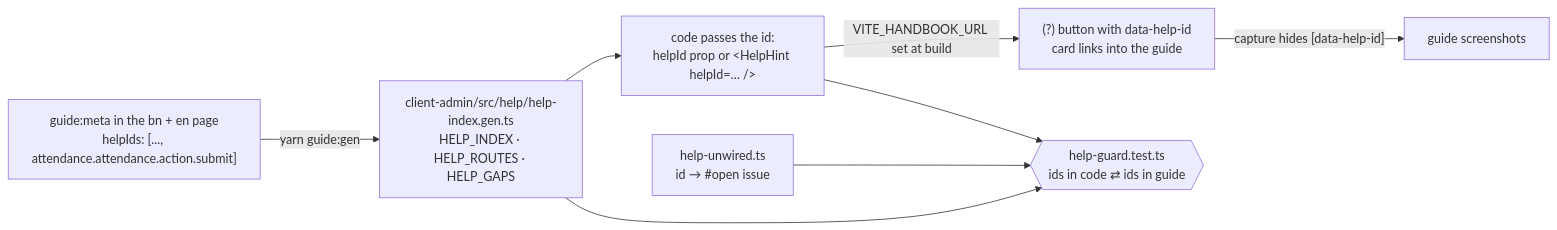
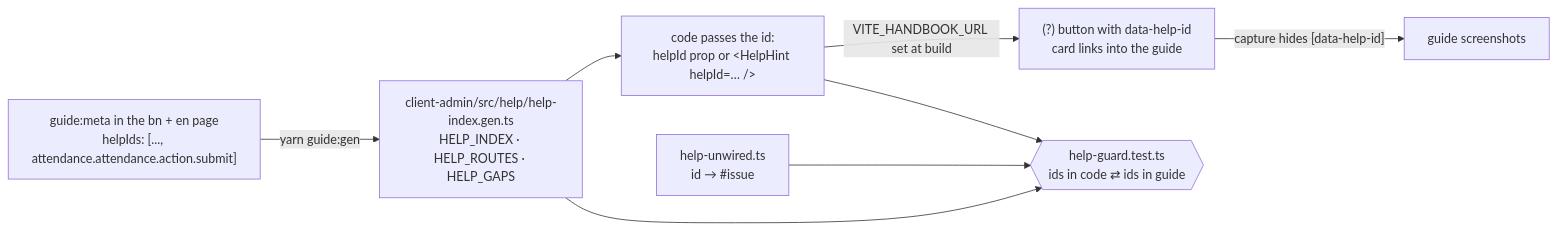
Before and after one commit to tareq89/biddaloy: the fifth of 5 diagrams in docs/architecture/25-user-guide.md, drawn with Mermaid. The commit also changed other lines of this file and 4 other files, not shown here.

````diff
--- a/docs/architecture/25-user-guide.md
+++ b/docs/architecture/25-user-guide.md
@@ -254,10 +254,10 @@
 ```mermaid
 flowchart LR
   META["guide:meta in the bn + en page<br/>helpIds: [..., attendance.attendance.action.submit]"] -->|yarn guide:gen| IDX["client-admin/src/help/help-index.gen.ts<br/>HELP_INDEX · HELP_ROUTES · HELP_GAPS"]
   IDX --> CODE["code passes the id:<br/>helpId prop or &lt;HelpHint helpId=… /&gt;"]
   CODE -->|"VITE_HANDBOOK_URL set at build"| BTN["(?) button with data-help-id<br/>card links into the guide"]
   BTN -->|"capture hides [data-help-id]"| SHOT["guide screenshots"]
   IDX --> GUARD{{"help-guard.test.ts<br/>ids in code ⇄ ids in guide"}}
   CODE --> GUARD
-  UNW["help-unwired.ts<br/>id → #open issue"] --> GUARD
+  UNW["help-unwired.ts<br/>id → #issue"] --> GUARD
 ```
````
